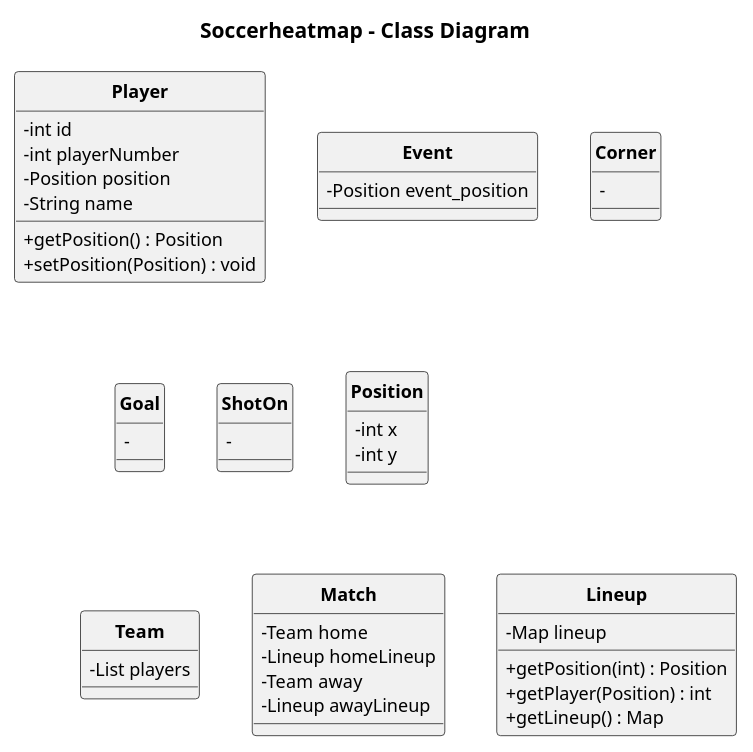
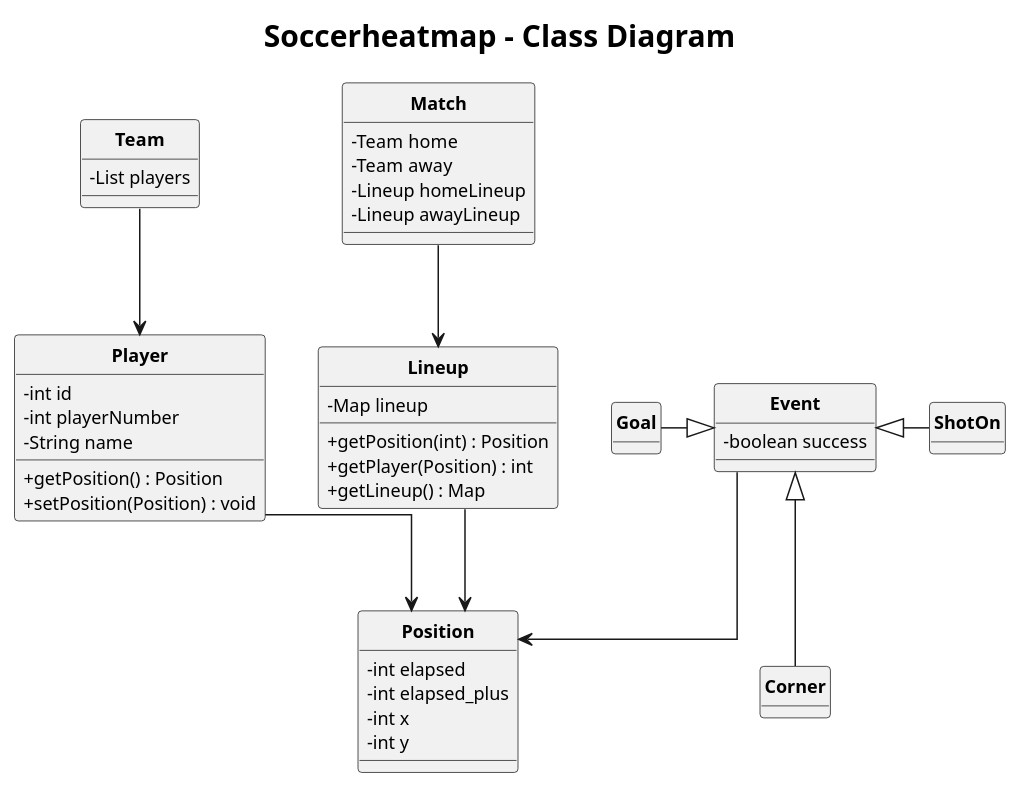
One commit to Eli-Anderson/SoccerHeatmap changed the diagram in backend/classmodel.puml. Above: the diagram before and after it, drawn with PlantUML.

Commit message:
class model modified

```diff
--- a/backend/classmodel.puml
+++ b/backend/classmodel.puml
@@ -1,65 +1,85 @@
 @startuml
 
+' ###### skin parameters
 skinparam monochrome true
 skinparam shadowing false
 skinparam classAttributeIconSize 0
 skinparam DefaultFontName arial
 skinparam DefaultFontSize 12
 skinparam ClassFontStyle bold
 skinparam linetype ortho
 hide empty fields
 hide circle
 
 
-title Soccerheatmap - Class Diagram
+title: <size:20> <b> Soccerheatmap - Class Diagram </b> </size>
+
+' ###### classes and their definitions
+class Event {
+ - boolean success
+}
+
+class Corner {
+
+}
+
+class Goal {
+
+}
+
+class ShotOn {
+
+}
+
+class Position {
+ - int elapsed
+ - int elapsed_plus
+ - int x
+ - int y
+}
 
 class Player {
  - int id
  - int playerNumber
- - Position position
  - String name
 
  + getPosition() : Position
  + setPosition(Position) : void
-}
-class Event {
- - Position event_position
-}
-
-class Corner {
-  - 
-}
-
-class Goal {
-  - 
-}
-
-class ShotOn {
-  - 
-}
-
-class Position {
- - int x
- - int y
 }
 
 class Team {
  - List players
 }
 
 class Match {
  - Team home
+ - Team away
  - Lineup homeLineup
- - Team away
  - Lineup awayLineup
 }
 
 class Lineup {
  - Map lineup
 
 + getPosition(int) : Position
 + getPlayer(Position) : int
 + getLineup() : Map
 }
 
+
+' ###### Dependencies
+
+Event <|-down- Corner
+Event <|-left- Goal
+Event <|- ShotOn
+
+Player --> Position
+Player <-up- Team
+Lineup --> Position
+Event --> Position
+
+Match --> Lineup
+
+
+
 @enduml
```
